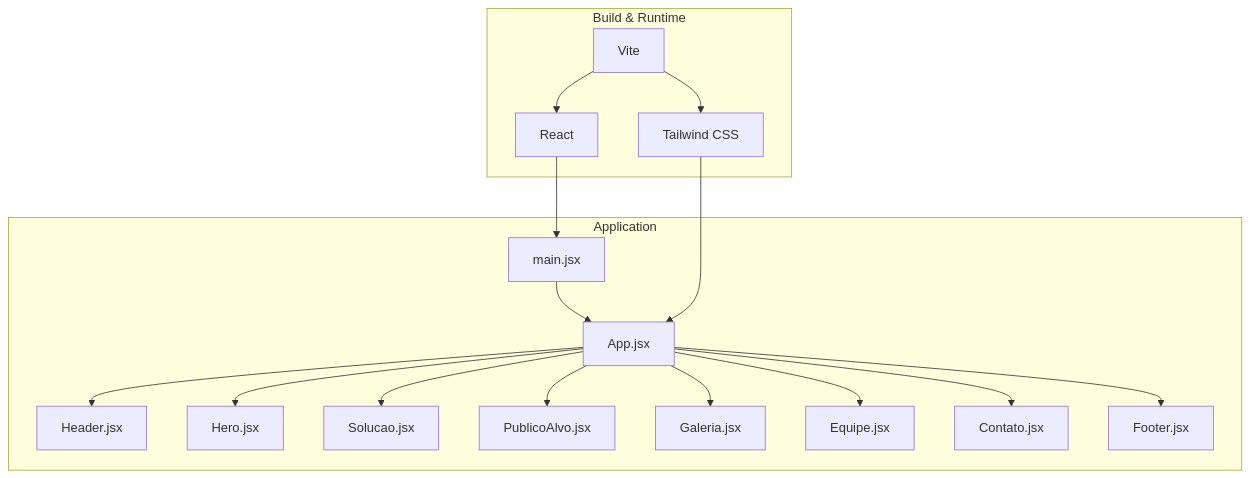
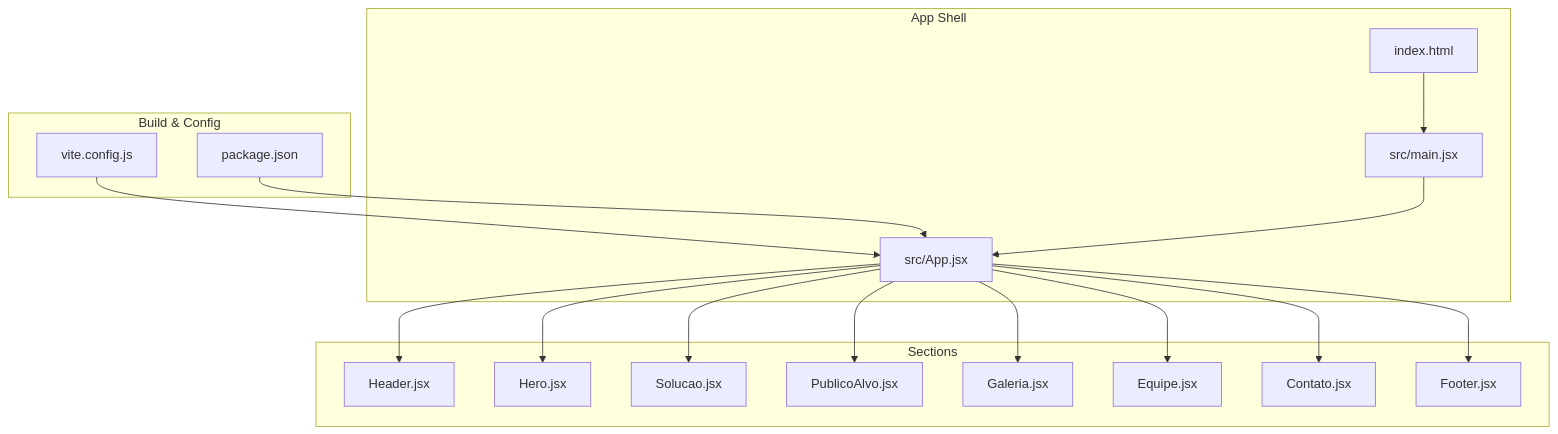
One commit to isadorabassoasseiro-boop/OptiCode changed the second of 8 diagrams in .qoder/repowiki/en/content/Project Overview.md. Above: the diagram before and after it, drawn with Mermaid. The commit also changed other lines of this file and 35 other files, not shown here.

````diff
--- a/.qoder/repowiki/en/content/Project Overview.md
+++ b/.qoder/repowiki/en/content/Project Overview.md
@@ -104,20 +115,34 @@
 ```mermaid
 graph TB
-subgraph "Build & Runtime"
-V["Vite"] --> R["React"]
-V --> T["Tailwind CSS"]
+subgraph "Build & Config"
+ViteCfg["vite.config.js"]
+Pkg["package.json"]
 end
-subgraph "Application"
-M["main.jsx"] --> A["App.jsx"]
-A --> H["Header.jsx"]
-A --> HE["Hero.jsx"]
-A --> S["Solucao.jsx"]
-A --> P["PublicoAlvo.jsx"]
-A --> G["Galeria.jsx"]
-A --> E["Equipe.jsx"]
-A --> C["Contato.jsx"]
-A --> F["Footer.jsx"]
+subgraph "App Shell"
+IndexHTML["index.html"]
+MainJS["src/main.jsx"]
+AppJS["src/App.jsx"]
 end
-R --> M
-T --> A
+subgraph "Sections"
+Header["Header.jsx"]
+Hero["Hero.jsx"]
+Solucao["Solucao.jsx"]
+PublicoAlvo["PublicoAlvo.jsx"]
+Galeria["Galeria.jsx"]
+Equipe["Equipe.jsx"]
+Contato["Contato.jsx"]
+Footer["Footer.jsx"]
+end
+ViteCfg --> AppJS
+Pkg --> AppJS
+IndexHTML --> MainJS
+MainJS --> AppJS
+AppJS --> Header
+AppJS --> Hero
+AppJS --> Solucao
+AppJS --> PublicoAlvo
+AppJS --> Galeria
+AppJS --> Equipe
+AppJS --> Contato
+AppJS --> Footer
 ```
````
